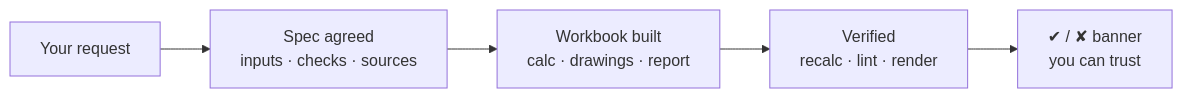
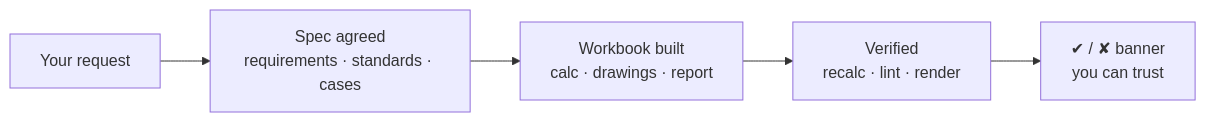
Before and after one commit to Jinksen/eng-calc-skill: the diagram in README.md, drawn with Mermaid. The commit also changed other lines of this file and 3 other files, not shown here.

````diff
--- a/README.md
+++ b/README.md
@@ -141,7 +162,7 @@
 ```mermaid
 flowchart LR
-    A[Your request] --> B[Spec agreed<br/>inputs · checks · sources]
+    A[Your request] --> B[Spec agreed<br/>requirements · standards · cases]
     B --> C[Workbook built<br/>calc · drawings · report]
     C --> D[Verified<br/>recalc · lint · render]
     D --> E[✔ / ✘ banner<br/>you can trust]
 ```
````
